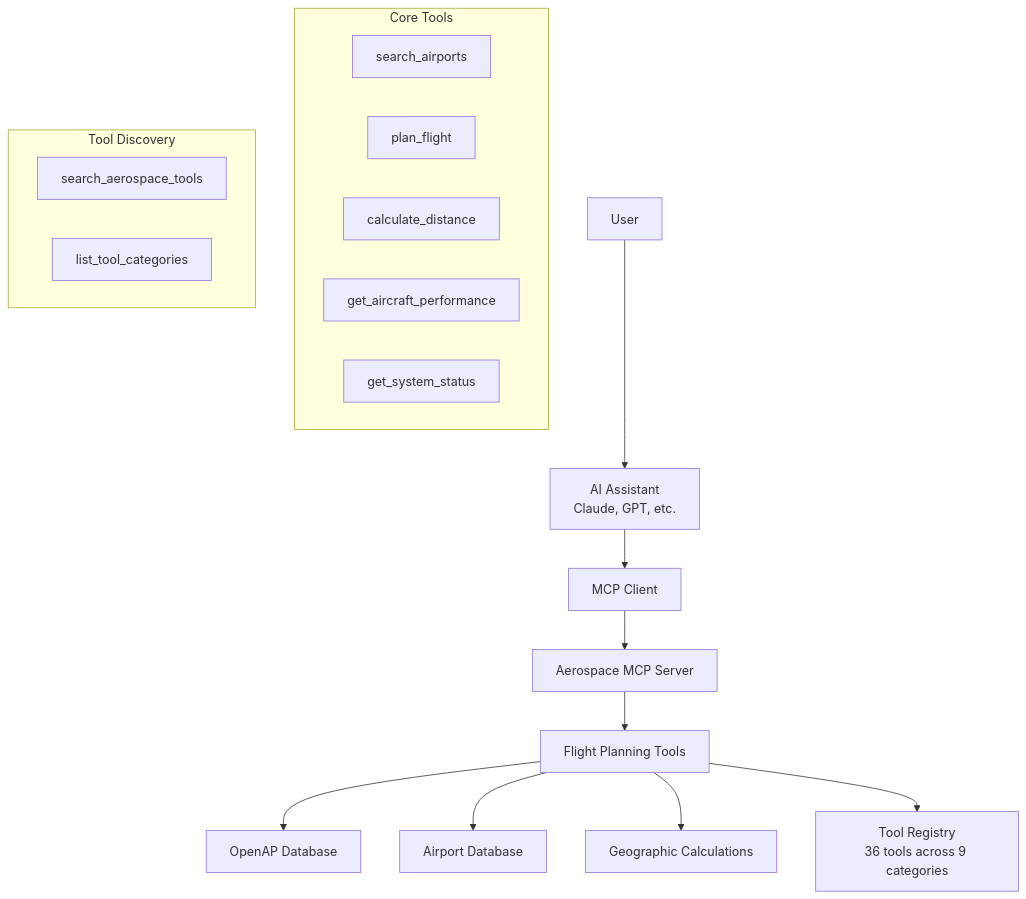
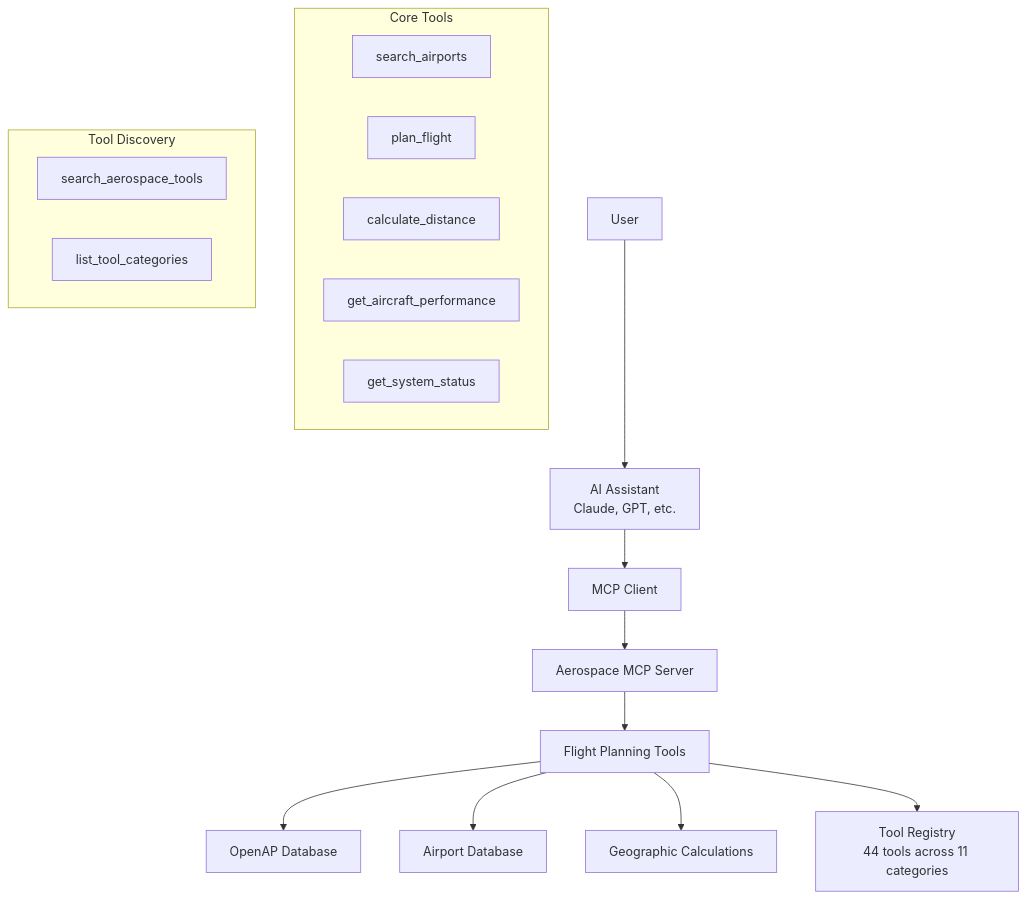
The diagram in docs/MCP_INTEGRATION.md (cheesejaguar/aerospace-mcp), drawn with Mermaid before and after one commit. The commit also changed 17 other files, not shown here.

````diff
--- a/docs/MCP_INTEGRATION.md
+++ b/docs/MCP_INTEGRATION.md
@@ -24,25 +24,25 @@
 ```mermaid
 graph TB
     User[User] --> Assistant[AI Assistant<br/>Claude, GPT, etc.]
     Assistant --> MCP[MCP Client]
     MCP --> Server[Aerospace MCP Server]
     Server --> Tools[Flight Planning Tools]
 
     subgraph "Core Tools"
         SearchAirports[search_airports]
         PlanFlight[plan_flight]
         CalcDistance[calculate_distance]
         GetPerformance[get_aircraft_performance]
         SystemStatus[get_system_status]
     end
 
     subgraph "Tool Discovery"
         SearchTools[search_aerospace_tools]
         ListCategories[list_tool_categories]
     end
 
     Tools --> OpenAP[OpenAP Database]
     Tools --> AirportDB[Airport Database]
     Tools --> GeographicLib[Geographic Calculations]
-    Tools --> ToolRegistry[Tool Registry<br/>36 tools across 9 categories]
+    Tools --> ToolRegistry[Tool Registry<br/>44 tools across 11 categories]
 ```
````
